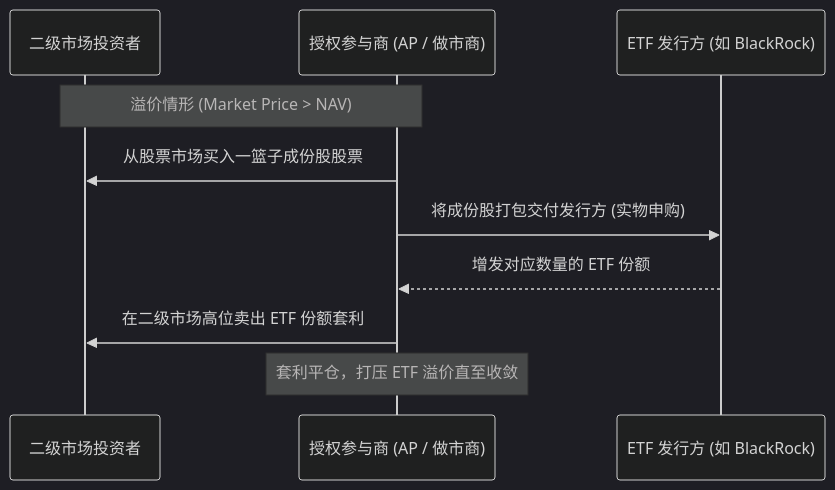
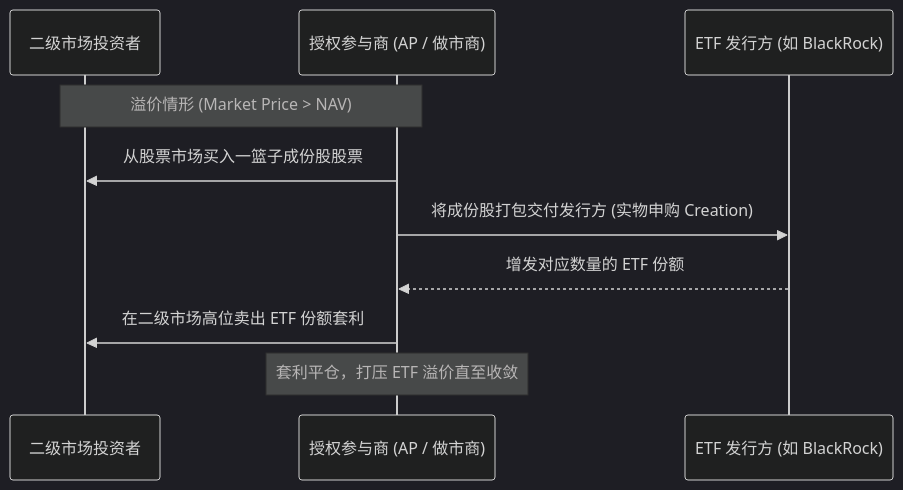
One commit to CurryTang/MLSYS_tutorial changed the third of 4 diagrams in notes/quant/Quant14 Financial Markets Asset Classes and Portfolio Theory.md. Above: the diagram before and after it, drawn with Mermaid (dark theme). The commit also changed other lines of this file and 3 other files, not shown here.

````diff
--- a/notes/quant/Quant14 Financial Markets Asset Classes and Portfolio Theory.md
+++ b/notes/quant/Quant14 Financial Markets Asset Classes and Portfolio Theory.md
@@ -77,13 +307,13 @@
 ```mermaid
 sequenceDiagram
     participant Secondary as 二级市场投资者
     participant AP as 授权参与商 (AP / 做市商)
     participant Issuer as ETF 发行方 (如 BlackRock)
     
     Note over Secondary,AP: 溢价情形 (Market Price > NAV)
     AP->>Secondary: 从股票市场买入一篮子成份股股票
-    AP->>Issuer: 将成份股打包交付发行方 (实物申购)
+    AP->>Issuer: 将成份股打包交付发行方 (实物申购 Creation)
     Issuer-->>AP: 增发对应数量的 ETF 份额
     AP->>Secondary: 在二级市场高位卖出 ETF 份额套利
     Note over AP: 套利平仓，打压 ETF 溢价直至收敛
 ```
````
